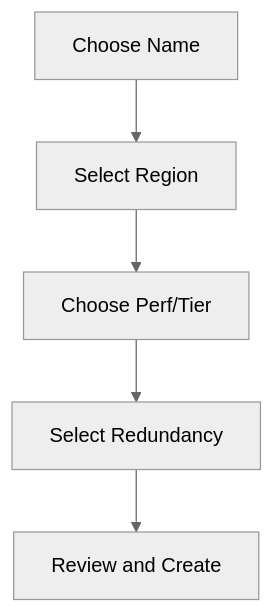
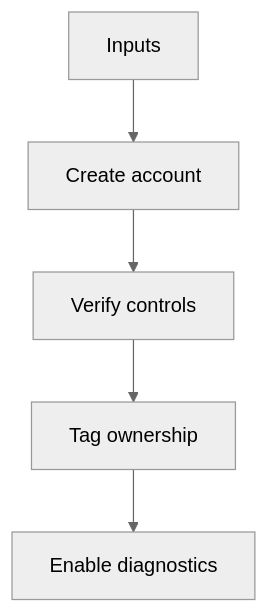
One commit to yeongseon/azure-storage-practical-guide changed the diagram in docs/operations/create-storage-account.md. Above: the diagram before and after it, drawn with Mermaid (neutral theme). The commit also changed other lines of this file and 90 other files, not shown here.

````diff
--- a/docs/operations/create-storage-account.md
+++ b/docs/operations/create-storage-account.md
@@ -26,7 +26,12 @@
 ```mermaid
-graph TD
-    A[Choose Name] --> B[Select Region]
-    B --> C[Choose Perf/Tier]
-    C --> D[Select Redundancy]
-    D --> E[Review and Create]
+flowchart TD
+    A[Inputs]
+    B[Create account]
+    A --> B
+    C[Verify controls]
+    B --> C
+    D[Tag ownership]
+    C --> D
+    E[Enable diagnostics]
+    D --> E
 ```
````
